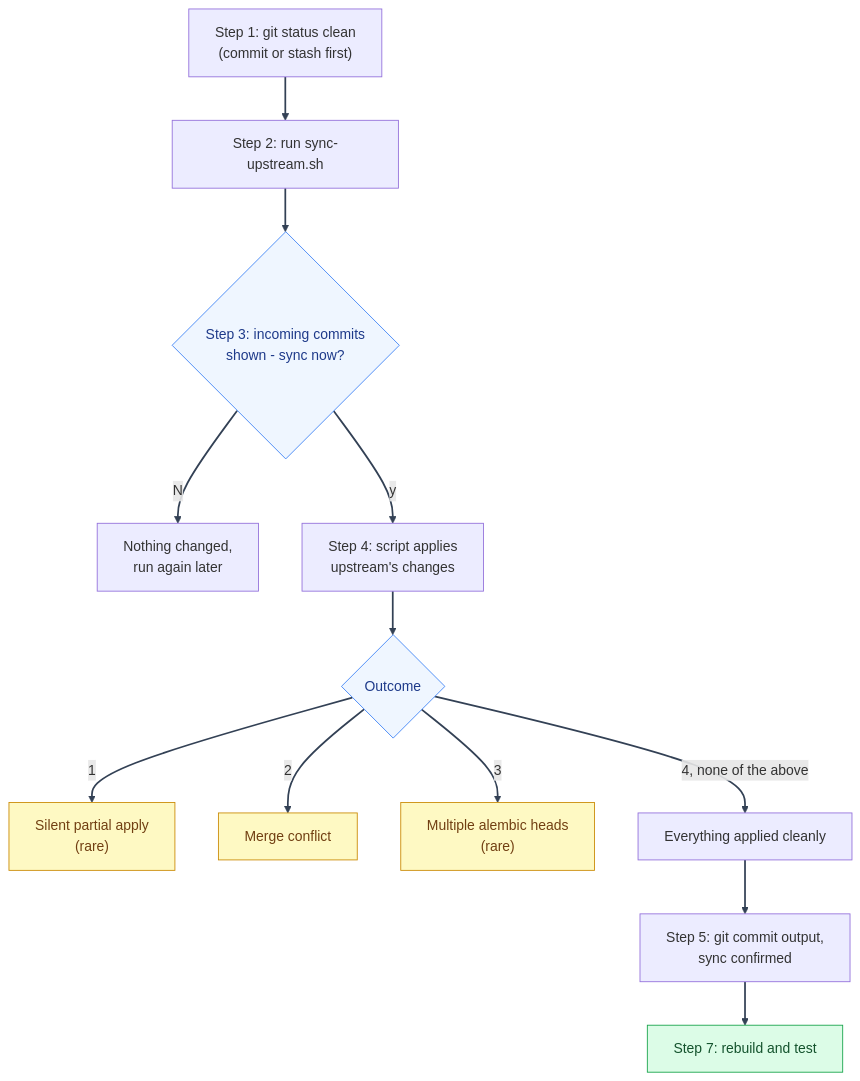
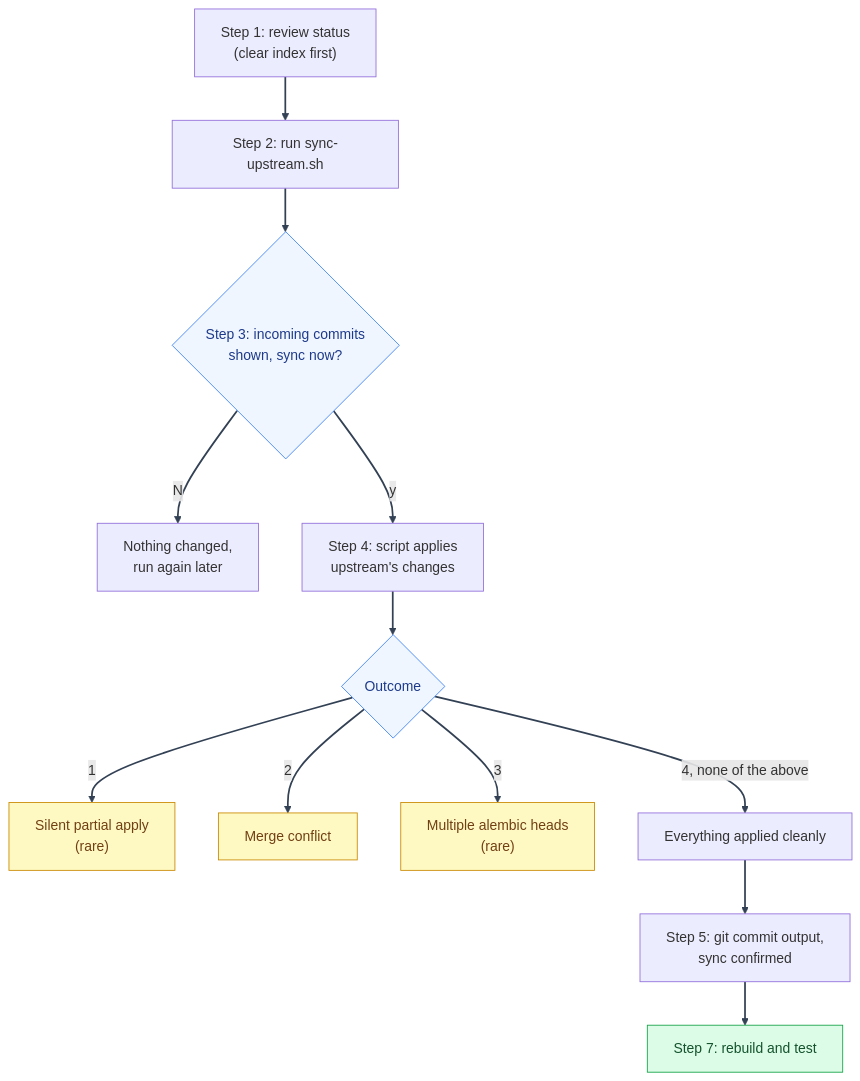
One commit to Nachiket-2024/mystic-auth changed the diagram in docs/mystic_auth/template-usage/syncing-upstream/README.md. Above: the diagram before and after it, drawn with Mermaid. The commit also changed other lines of this file and 201 other files, not shown here.

````diff
--- a/docs/mystic_auth/template-usage/syncing-upstream/README.md
+++ b/docs/mystic_auth/template-usage/syncing-upstream/README.md
@@ -17,32 +43,32 @@
 ```mermaid
 %%{init: {"themeVariables": {"lineColor": "#334155"}} }%%
 flowchart TD
-    S1["Step 1: git status clean\n(commit or stash first)"]
+    S1["Step 1: review status\n(clear index first)"]
     S2["Step 2: run sync-upstream.sh"]
-    S3{"Step 3: incoming commits\nshown - sync now?"}
+    S3{"Step 3: incoming commits\nshown, sync now?"}
     Wait["Nothing changed,\nrun again later"]
     S4["Step 4: script applies\nupstream's changes"]
     Outcome{"Outcome"}
     Silent["Silent partial apply\n(rare)"]
     Conflict["Merge conflict"]
     Heads["Multiple alembic heads\n(rare)"]
     Clean["Everything applied cleanly"]
     S5["Step 5: git commit output,\nsync confirmed"]
     S7["Step 7: rebuild and test"]
 
     S1 --> S2 --> S3
     S3 -- "N" --> Wait
     S3 -- "y" --> S4 --> Outcome
     Outcome -- "1" --> Silent
     Outcome -- "2" --> Conflict
     Outcome -- "3" --> Heads
     Outcome -- "4, none of the above" --> Clean --> S5 --> S7
 
     classDef decision fill:#eff6ff,stroke:#3b82f6,color:#1e3a8a
     classDef caution fill:#fef9c3,stroke:#ca8a04,color:#713f12
     classDef terminal fill:#dcfce7,stroke:#16a34a,color:#14532d
     class S3,Outcome decision
     class Silent,Conflict,Heads caution
     class S7 terminal
     linkStyle default stroke:#334155,stroke-width:2px
 ```
````
